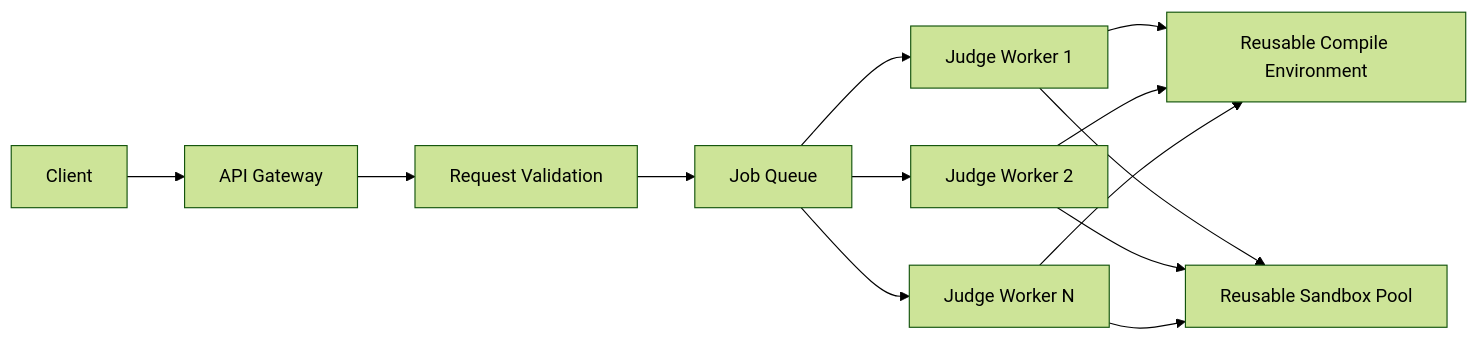
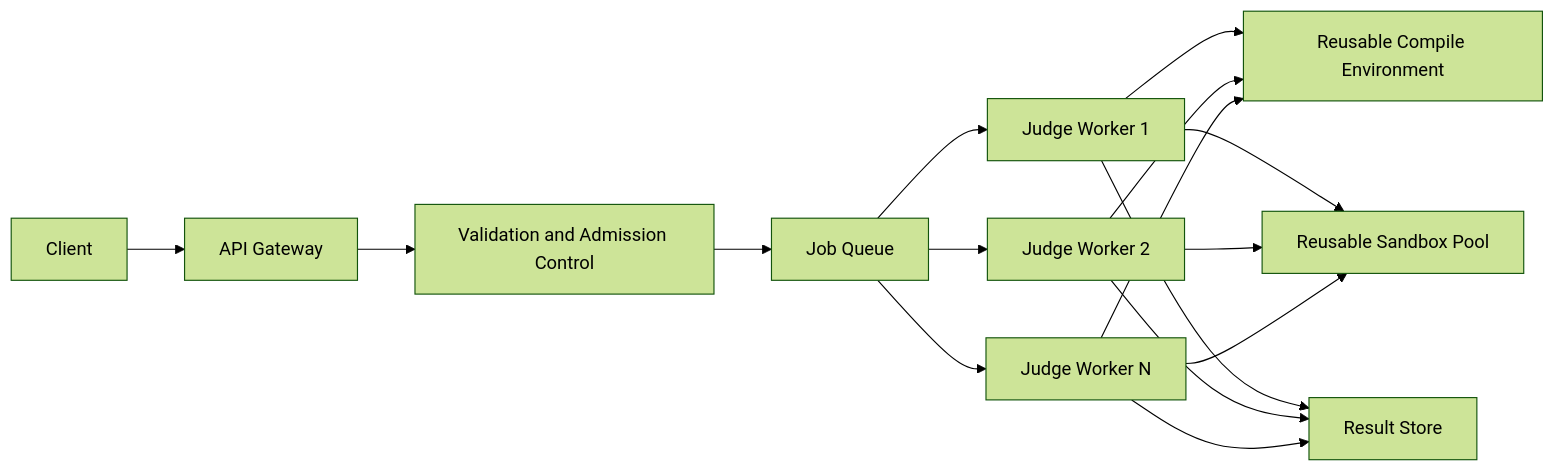
Before and after one commit to PixelsBH/YexJudge: the second of 2 diagrams in architecture.md, drawn with Mermaid (forest theme). The commit also changed other lines of this file and 4 other files, not shown here.

````diff
--- a/architecture.md
+++ b/architecture.md
@@ -21,17 +168,18 @@
 ```mermaid
 flowchart LR
     Client[Client] --> Gateway[API Gateway]
-    Gateway --> Validate[Request Validation]
+    Gateway --> Validate[Validation and Admission Control]
     Validate --> Queue[Job Queue]
     Queue --> Worker1[Judge Worker 1]
     Queue --> Worker2[Judge Worker 2]
     Queue --> WorkerN[Judge Worker N]
-
     Worker1 --> CompilePool[Reusable Compile Environment]
     Worker2 --> CompilePool
     WorkerN --> CompilePool
-
     Worker1 --> SandboxPool[Reusable Sandbox Pool]
     Worker2 --> SandboxPool
     WorkerN --> SandboxPool
+    Worker1 --> Results[Result Store]
+    Worker2 --> Results
+    WorkerN --> Results
 ```
````
